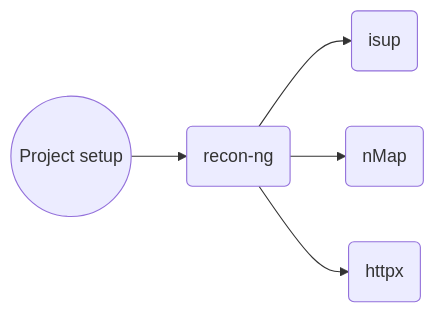
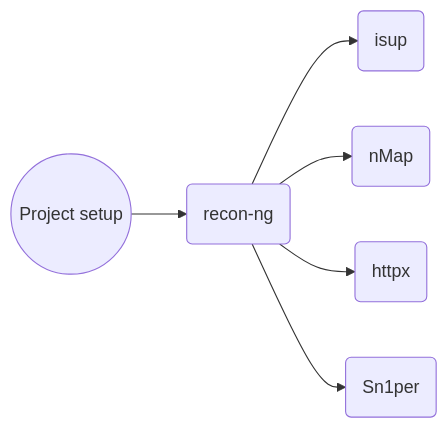
Before and after one commit to ranjbarhadi/Bug-bounty-methodology: the diagram in README.md, drawn with Mermaid. The commit also changed other lines of this file, not shown here.

````diff
--- a/README.md
+++ b/README.md
@@ -5,7 +5,8 @@
 ```mermaid
 graph LR
 A((Project setup)) --> B(recon-ng)
 B --> C(isup)
 B --> D(nMap)
 B --> E(httpx)
+B --> F(Sn1per)
 ```
````
